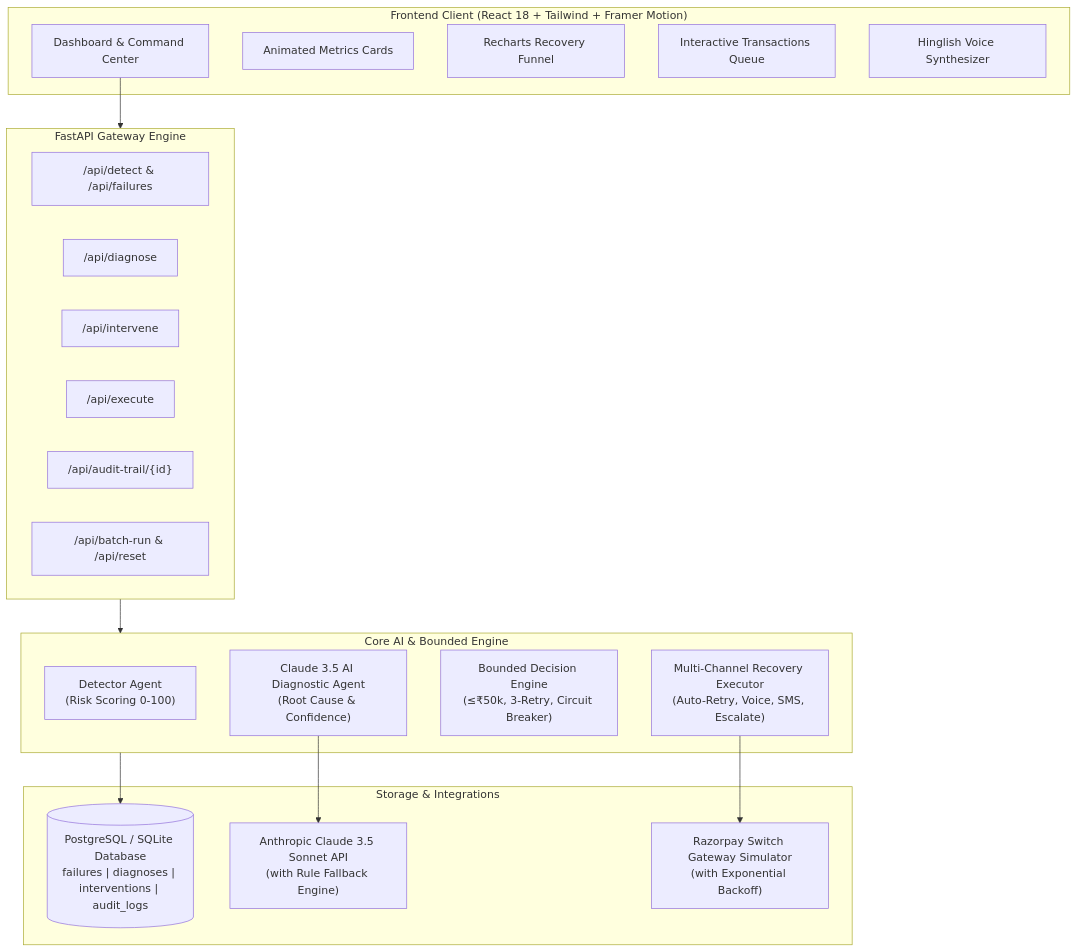
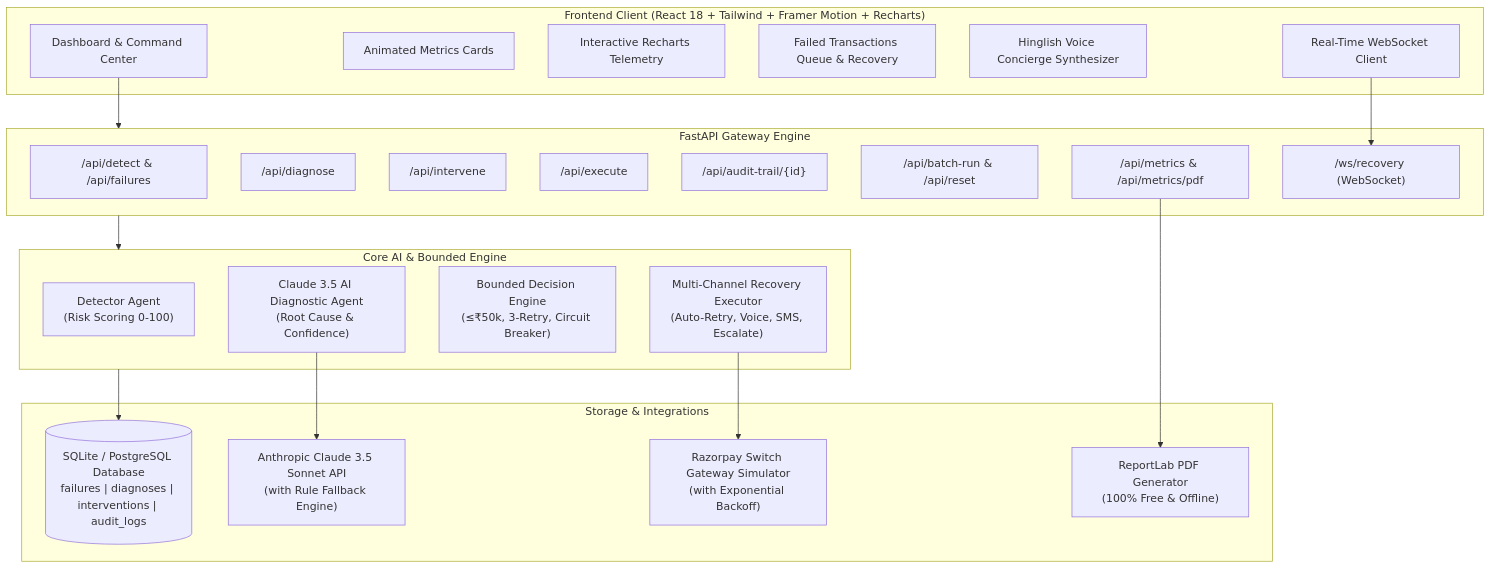
Before and after one commit to shivakewat1/Payment-Guard: the second of 2 diagrams in README.md, drawn with Mermaid. The commit also changed other lines of this file and 6 other files, not shown here.

Commit message:
docs: recreate comprehensive professional README and fix recovery metrics

````diff
--- a/README.md
+++ b/README.md
@@ -160,38 +165,44 @@
 ```mermaid
 graph TD
-    subgraph ClientLayer["Frontend Client (React 18 + Tailwind + Framer Motion)"]
+    subgraph ClientLayer["Frontend Client (React 18 + Tailwind + Framer Motion + Recharts)"]
         UI["Dashboard & Command Center"]
         Cards["Animated Metrics Cards"]
-        Chart["Recharts Recovery Funnel"]
-        Table["Interactive Transactions Queue"]
-        Audio["Hinglish Voice Synthesizer"]
+        Chart["Interactive Recharts Telemetry"]
+        Table["Failed Transactions Queue & Recovery"]
+        Audio["Hinglish Voice Concierge Synthesizer"]
+        WS["Real-Time WebSocket Client"]
     end
 
     subgraph APILayer["FastAPI Gateway Engine"]
         R_Detect["/api/detect & /api/failures"]
         R_Diag["/api/diagnose"]
         R_Interv["/api/intervene"]
         R_Exec["/api/execute"]
         R_Audit["/api/audit-trail/{id}"]
         R_Batch["/api/batch-run & /api/reset"]
+        R_Metrics["/api/metrics & /api/metrics/pdf"]
+        R_WS["/ws/recovery (WebSocket)"]
     end
 
     subgraph Agents["Core AI & Bounded Engine"]
         A_Detect["Detector Agent\n(Risk Scoring 0-100)"]
         A_Diag["Claude 3.5 AI Diagnostic Agent\n(Root Cause & Confidence)"]
         A_Interv["Bounded Decision Engine\n(≤₹50k, 3-Retry, Circuit Breaker)"]
         A_Exec["Multi-Channel Recovery Executor\n(Auto-Retry, Voice, SMS, Escalate)"]
     end
 
     subgraph Persistence["Storage & Integrations"]
-        DB[("PostgreSQL / SQLite Database\nfailures | diagnoses | interventions | audit_logs")]
+        DB[("SQLite / PostgreSQL Database\nfailures | diagnoses | interventions | audit_logs")]
         Claude["Anthropic Claude 3.5 Sonnet API\n(with Rule Fallback Engine)"]
         RZP["Razorpay Switch Gateway Simulator\n(with Exponential Backoff)"]
+        PDF["ReportLab PDF Generator\n(100% Free & Offline)"]
     end
 
     UI --> APILayer
+    WS --> R_WS
     APILayer --> Agents
     A_Diag --> Claude
     A_Exec --> RZP
     Agents --> DB
+    R_Metrics --> PDF
 ```
````
